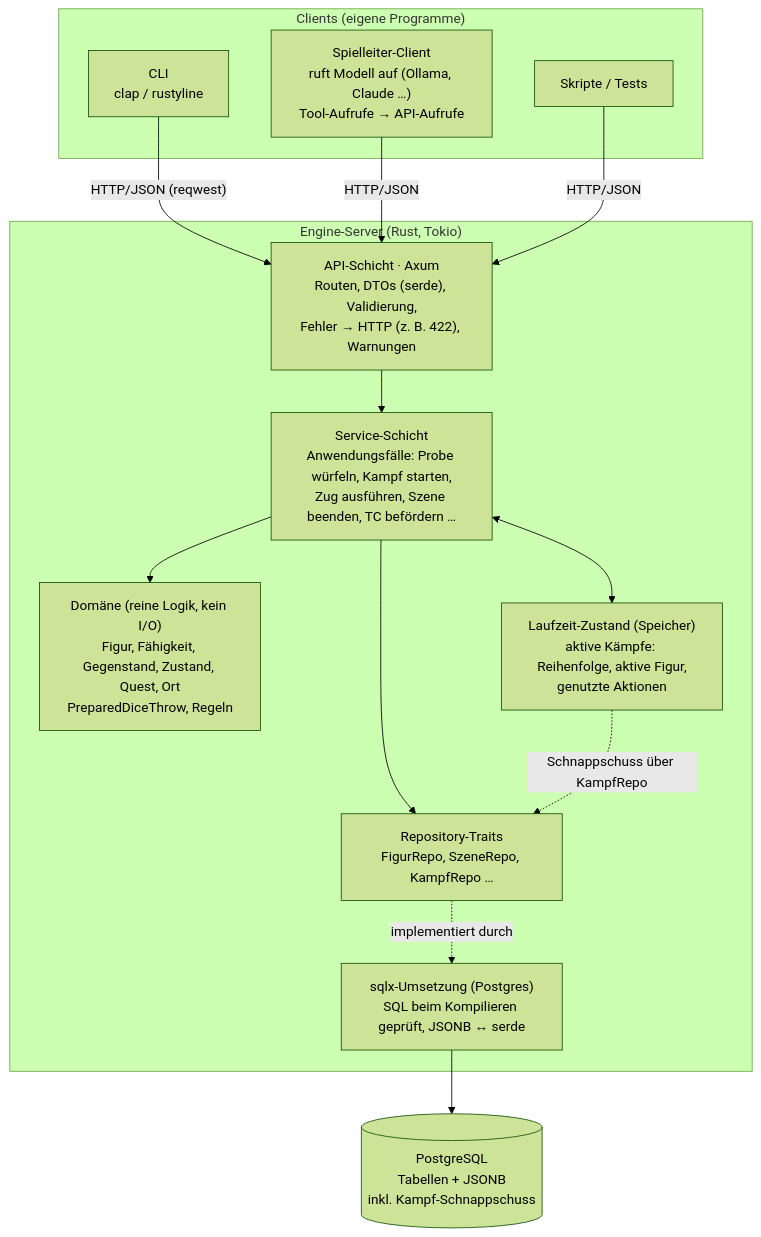
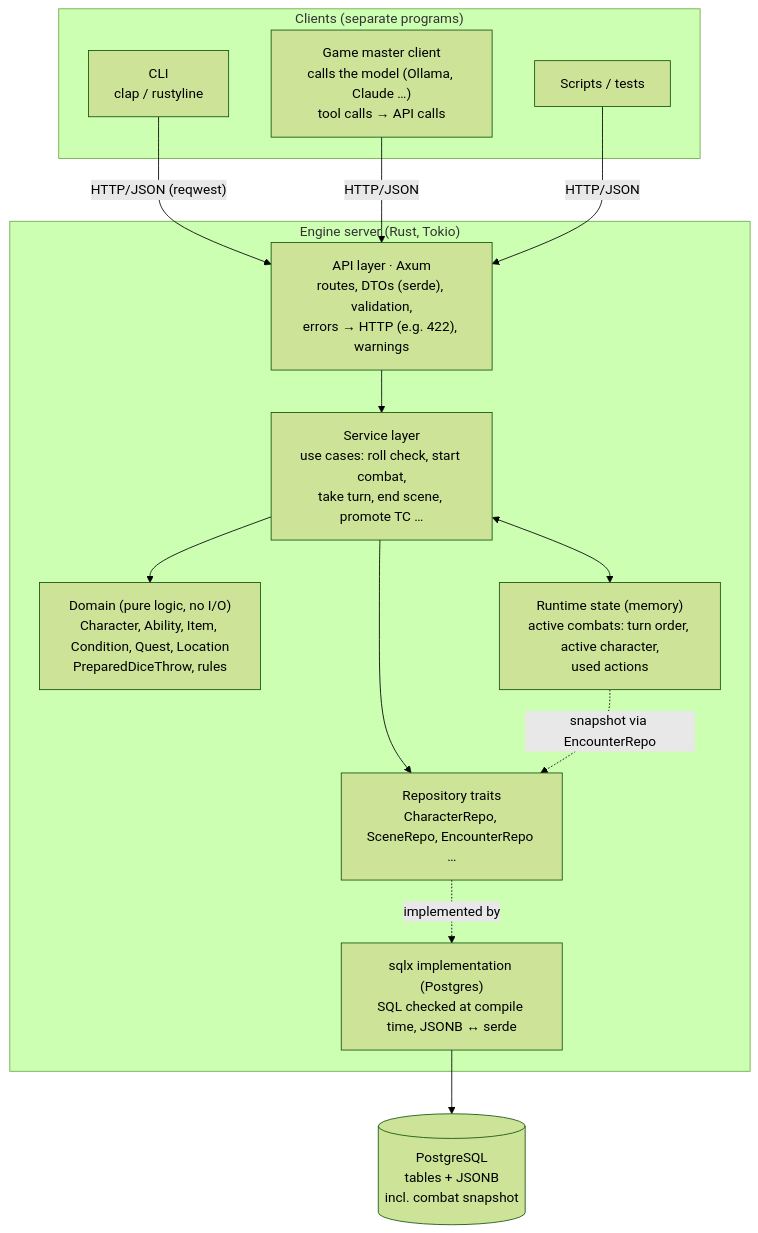
The diagram in docs/architektur.mmd (C4RN1V0R/rpg-engine), drawn with Mermaid (forest theme) before and after one commit. The commit also changed 2 other files, not shown here.

Commit message:
Plan: Engine-Bezeichner auf Englisch, Glossar
Claude-Session: https://claude.ai/code/session_01JL7dp8cXLXMZunZPWLVGGp

```diff
--- a/docs/architektur.mmd
+++ b/docs/architektur.mmd
@@ -1,28 +1,28 @@
 flowchart TB
-    subgraph Clients["Clients (eigene Programme)"]
+    subgraph Clients["Clients (separate programs)"]
         CLI["CLI<br/>clap / rustyline"]
-        KI["Spielleiter-Client<br/>ruft Modell auf (Ollama, Claude …)<br/>Tool-Aufrufe → API-Aufrufe"]
-        Skript["Skripte / Tests"]
+        AI["Game master client<br/>calls the model (Ollama, Claude …)<br/>tool calls → API calls"]
+        Script["Scripts / tests"]
     end
 
-    subgraph Engine["Engine-Server (Rust, Tokio)"]
-        API["API-Schicht · Axum<br/>Routen, DTOs (serde), Validierung,<br/>Fehler → HTTP (z. B. 422), Warnungen"]
-        SVC["Service-Schicht<br/>Anwendungsfälle: Probe würfeln, Kampf starten,<br/>Zug ausführen, Szene beenden, TC befördern …"]
-        DOM["Domäne (reine Logik, kein I/O)<br/>Figur, Fähigkeit, Gegenstand, Zustand, Quest, Ort<br/>PreparedDiceThrow, Regeln"]
-        MEM["Laufzeit-Zustand (Speicher)<br/>aktive Kämpfe: Reihenfolge, aktive Figur,<br/>genutzte Aktionen"]
-        REPO["Repository-Traits<br/>FigurRepo, SzeneRepo, KampfRepo …"]
-        PG["sqlx-Umsetzung (Postgres)<br/>SQL beim Kompilieren geprüft, JSONB ↔ serde"]
+    subgraph Engine["Engine server (Rust, Tokio)"]
+        API["API layer · Axum<br/>routes, DTOs (serde), validation,<br/>errors → HTTP (e.g. 422), warnings"]
+        SVC["Service layer<br/>use cases: roll check, start combat,<br/>take turn, end scene, promote TC …"]
+        DOM["Domain (pure logic, no I/O)<br/>Character, Ability, Item, Condition, Quest, Location<br/>PreparedDiceThrow, rules"]
+        MEM["Runtime state (memory)<br/>active combats: turn order, active character,<br/>used actions"]
+        REPO["Repository traits<br/>CharacterRepo, SceneRepo, EncounterRepo …"]
+        PG["sqlx implementation (Postgres)<br/>SQL checked at compile time, JSONB ↔ serde"]
     end
 
-    DB[("PostgreSQL<br/>Tabellen + JSONB<br/>inkl. Kampf-Schnappschuss")]
+    DB[("PostgreSQL<br/>tables + JSONB<br/>incl. combat snapshot")]
 
     CLI -- "HTTP/JSON (reqwest)" --> API
-    KI -- "HTTP/JSON" --> API
-    Skript -- "HTTP/JSON" --> API
+    AI -- "HTTP/JSON" --> API
+    Script -- "HTTP/JSON" --> API
     API --> SVC
     SVC --> DOM
     SVC <--> MEM
     SVC --> REPO
-    REPO -. "implementiert durch" .-> PG
+    REPO -. "implemented by" .-> PG
     PG --> DB
-    MEM -. "Schnappschuss über KampfRepo" .-> REPO
+    MEM -. "snapshot via EncounterRepo" .-> REPO
```
